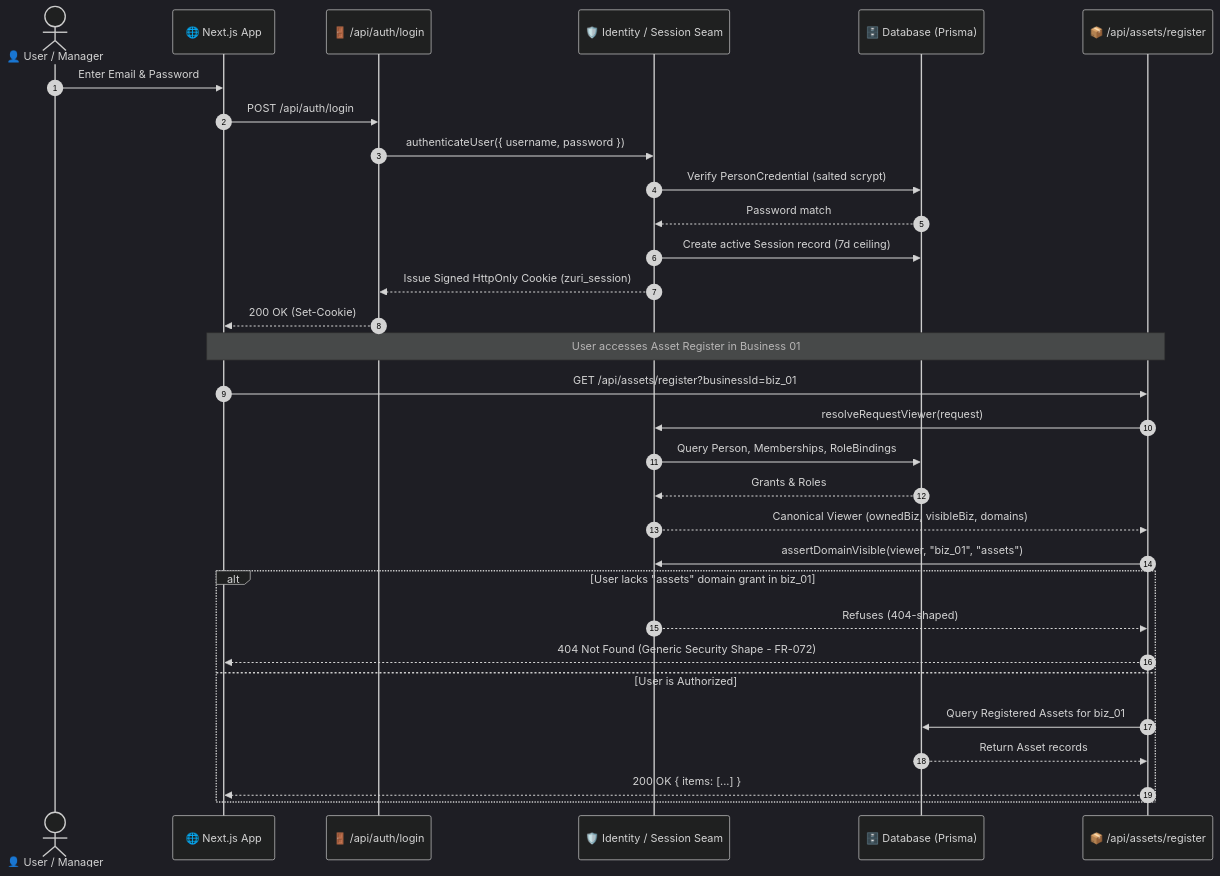
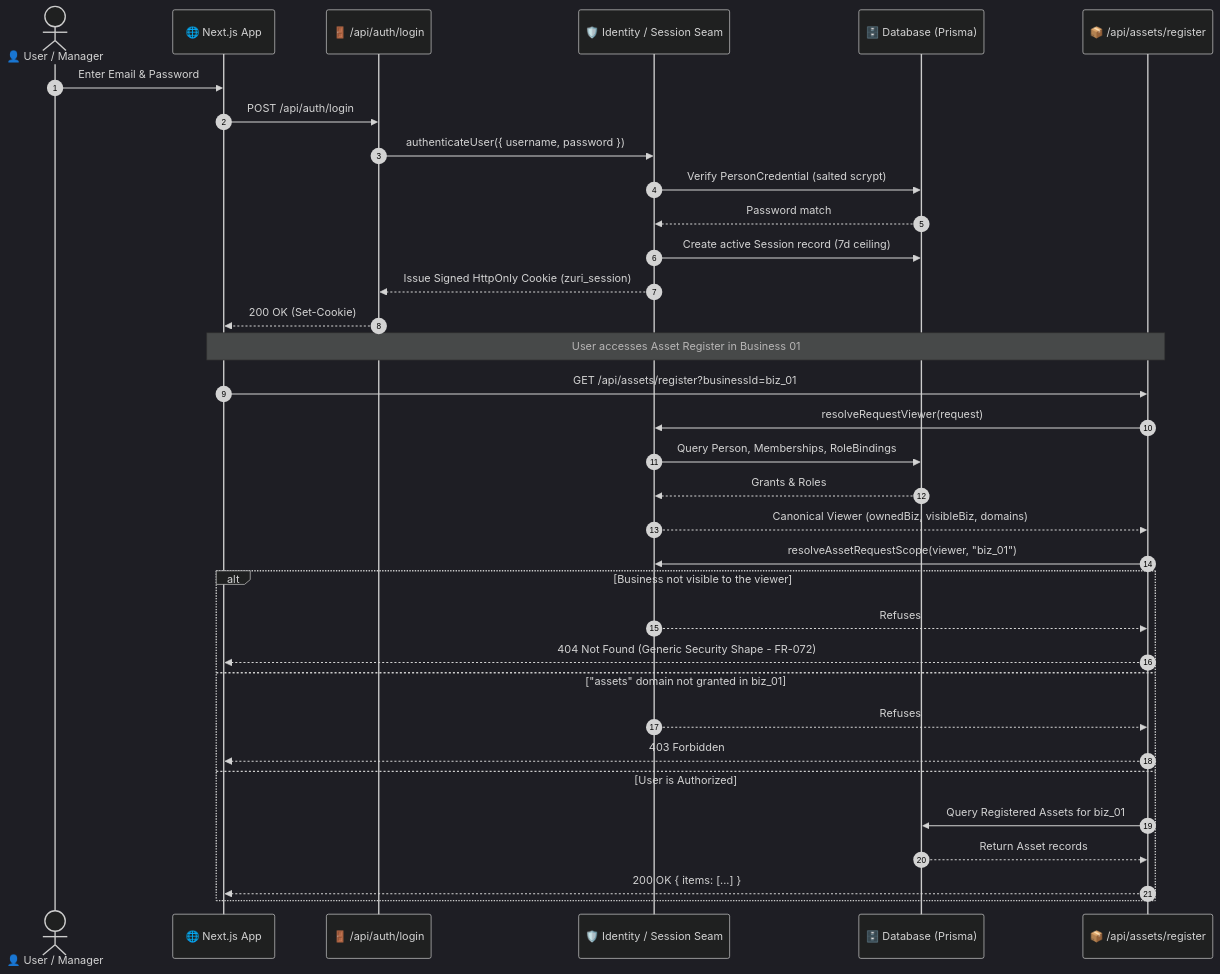
Before and after one commit to Freshair129/zuri.ai: the second of 4 diagrams in docs/domains/identity/SYSTEM-DIAGRAM.md, drawn with Mermaid (dark theme). The commit also changed other lines of this file and 2 other files, not shown here.

````diff
--- a/docs/domains/identity/SYSTEM-DIAGRAM.md
+++ b/docs/domains/identity/SYSTEM-DIAGRAM.md
@@ -135,36 +134,39 @@
 ```mermaid
 sequenceDiagram
     autonumber
     actor User as 👤 User / Manager
     participant Web as 🌐 Next.js App
     participant AuthRoute as 🚪 /api/auth/login
     participant IdentitySvc as 🛡️ Identity / Session Seam
     participant DB as 🗄️ Database (Prisma)
     participant DomainRoute as 📦 /api/assets/register
 
     User->>Web: Enter Email & Password
     Web->>AuthRoute: POST /api/auth/login
     AuthRoute->>IdentitySvc: authenticateUser({ username, password })
     IdentitySvc->>DB: Verify PersonCredential (salted scrypt)
     DB-->>IdentitySvc: Password match
     IdentitySvc->>DB: Create active Session record (7d ceiling)
     IdentitySvc-->>AuthRoute: Issue Signed HttpOnly Cookie (zuri_session)
     AuthRoute-->>Web: 200 OK (Set-Cookie)
 
     Note over Web,DomainRoute: User accesses Asset Register in Business 01
     Web->>DomainRoute: GET /api/assets/register?businessId=biz_01
     DomainRoute->>IdentitySvc: resolveRequestViewer(request)
     IdentitySvc->>DB: Query Person, Memberships, RoleBindings
     DB-->>IdentitySvc: Grants & Roles
     IdentitySvc-->>DomainRoute: Canonical Viewer (ownedBiz, visibleBiz, domains)
     
-    DomainRoute->>IdentitySvc: assertDomainVisible(viewer, "biz_01", "assets")
-    alt User lacks "assets" domain grant in biz_01
-        IdentitySvc-->>DomainRoute: Refuses (404-shaped)
+    DomainRoute->>IdentitySvc: resolveAssetRequestScope(viewer, "biz_01")
+    alt Business not visible to the viewer
+        IdentitySvc-->>DomainRoute: Refuses
         DomainRoute-->>Web: 404 Not Found (Generic Security Shape - FR-072)
+    else "assets" domain not granted in biz_01
+        IdentitySvc-->>DomainRoute: Refuses
+        DomainRoute-->>Web: 403 Forbidden
     else User is Authorized
         DomainRoute->>DB: Query Registered Assets for biz_01
         DB-->>DomainRoute: Return Asset records
         DomainRoute-->>Web: 200 OK { items: [...] }
     end
 ```
````
